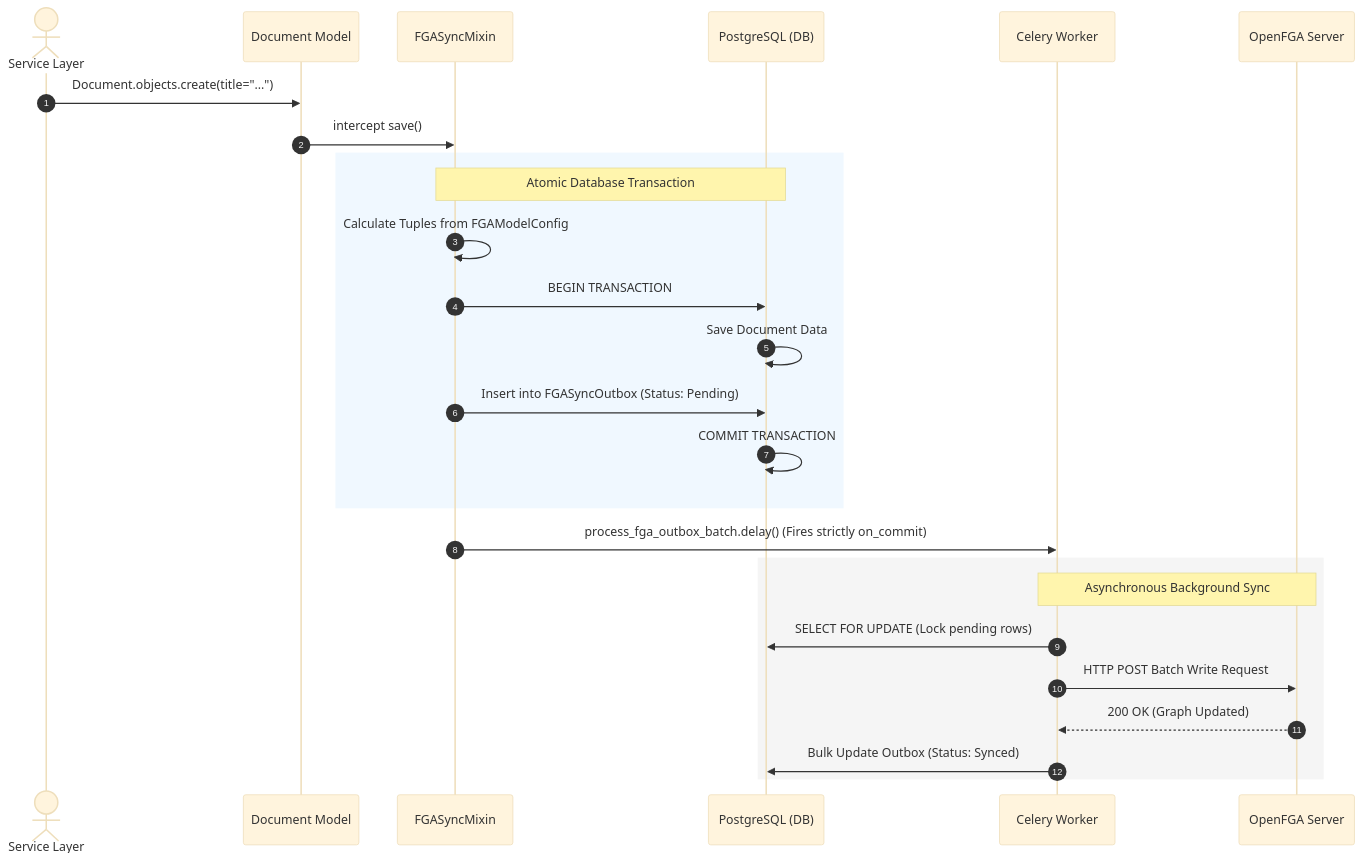
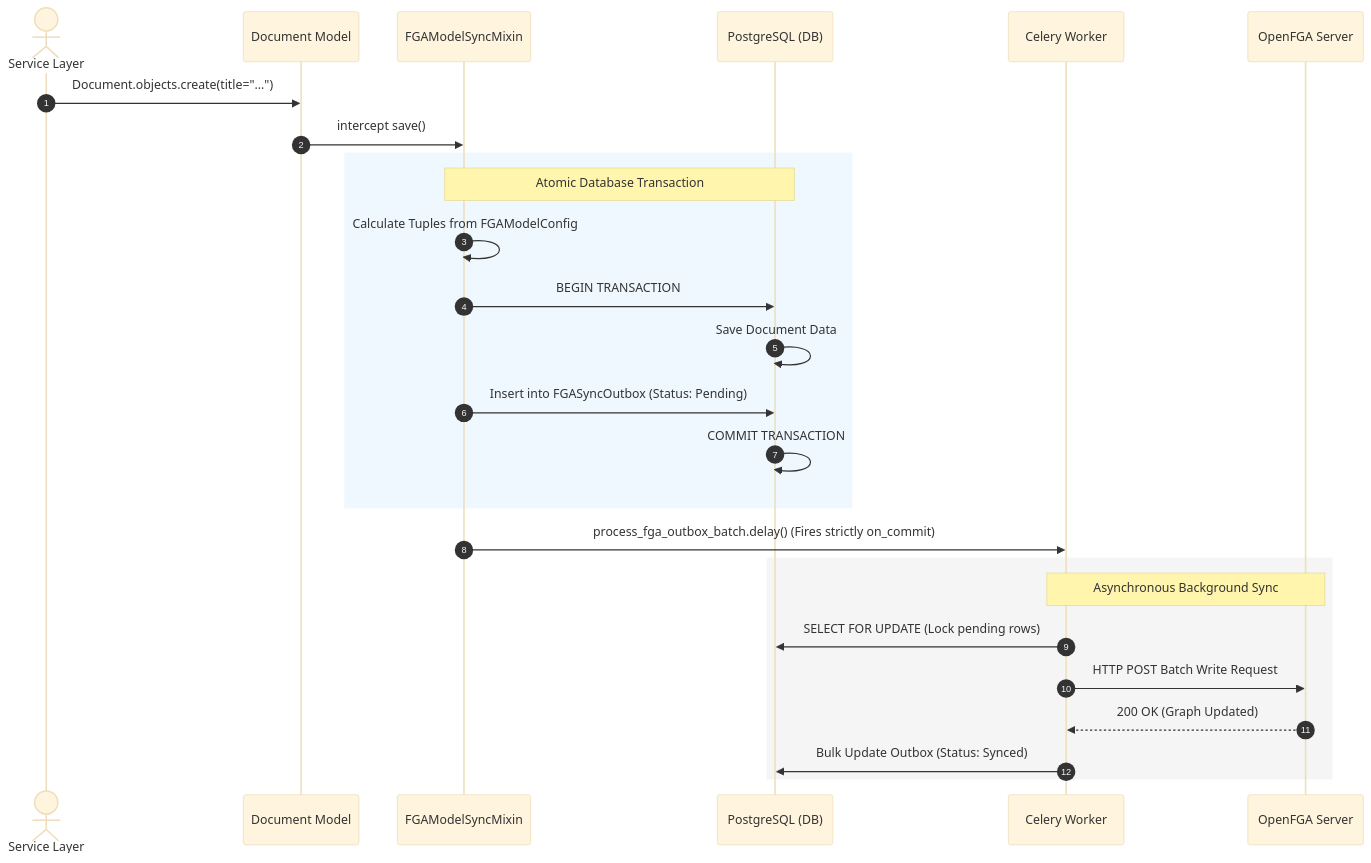
The second of 2 diagrams in docs/examples/models.md (aerosadegh/django-fga-data-sync), drawn with Mermaid (base theme) before and after one commit. The commit also changed other lines of this file and 6 other files, not shown here.

````diff
--- a/docs/examples/models.md
+++ b/docs/examples/models.md
@@ -117,32 +117,32 @@
 ```mermaid
 sequenceDiagram
     autonumber
     actor Code as Service Layer
     participant Model as Document Model
-    participant Mixin as FGASyncMixin
+    participant Mixin as FGAModelSyncMixin
     participant DB as PostgreSQL (DB)
     participant Celery as Celery Worker
     participant FGA as OpenFGA Server
 
     Code->>Model: Document.objects.create(title="...")
     Model->>Mixin: intercept save()
 
     rect rgb(240, 248, 255)
         Note over Mixin, DB: Atomic Database Transaction
         Mixin->>Mixin: Calculate Tuples from FGAModelConfig
         Mixin->>DB: BEGIN TRANSACTION
         DB->>DB: Save Document Data
         Mixin->>DB: Insert into FGASyncOutbox (Status: Pending)
         DB->>DB: COMMIT TRANSACTION
     end
 
     Mixin->>Celery: process_fga_outbox_batch.delay() (Fires strictly on_commit)
 
     rect rgb(245, 245, 245)
         Note over Celery, FGA: Asynchronous Background Sync
         Celery->>DB: SELECT FOR UPDATE (Lock pending rows)
         Celery->>FGA: HTTP POST Batch Write Request
         FGA-->>Celery: 200 OK (Graph Updated)
         Celery->>DB: Bulk Update Outbox (Status: Synced)
     end
 ```
````
